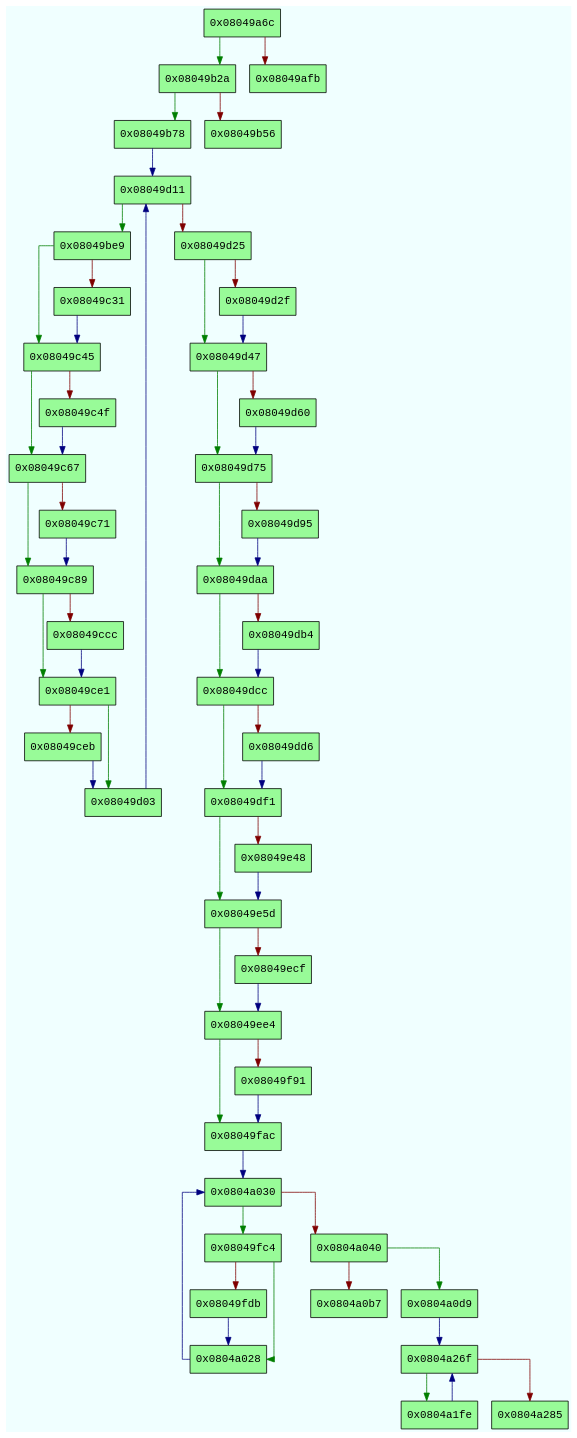
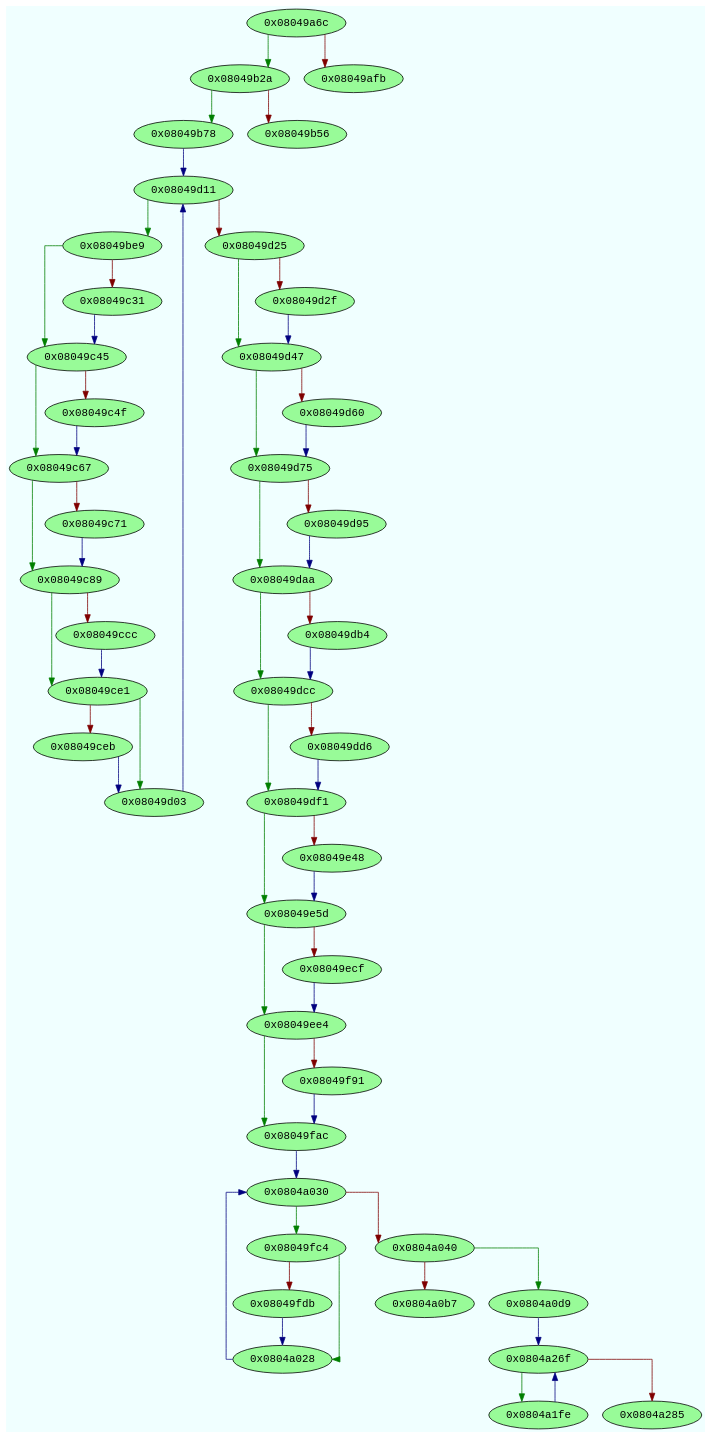
The diagram in res/main_compressed.dot (AndrewFasano/VisualizingFuzzerCoverage), drawn with Graphviz before and after one commit. The commit also changed 6 other files, not shown here.

Commit message:
updated graph layout; added graph interaction; added graph styling

```diff
--- a/res/main_compressed.dot
+++ b/res/main_compressed.dot
@@ -1,109 +1,109 @@
 digraph code {
 	graph [bgcolor=azure fontsize=8 fontname="Courier" splines="ortho"];
-	node [fillcolor=gray style=filled shape=box];
+	node [fillcolor=gray style=filled];
 	edge [arrowhead="normal"];
 	"0x08049a6c" -> "0x08049b2a" [color="#007f00"];
 	"0x08049a6c" -> "0x08049afb" [color="#7f0000"];
 	"0x08049a6c" [URL="sym.main/0x08049a6c", fillcolor="palegreen",color="black", fontname="Courier",label="0x08049a6c"]
 	"0x08049afb" [URL="sym.main/0x08049afb", fillcolor="palegreen",color="black", fontname="Courier",label="0x08049afb"]
 	"0x08049b2a" -> "0x08049b78" [color="#007f00"];
 	"0x08049b2a" -> "0x08049b56" [color="#7f0000"];
 	"0x08049b2a" [URL="sym.main/0x08049b2a", fillcolor="palegreen",color="black", fontname="Courier",label="0x08049b2a"]
 	"0x08049b56" [URL="sym.main/0x08049b56", fillcolor="palegreen",color="black", fontname="Courier",label="0x08049b56"]
 	"0x08049b78" -> "0x08049d11" [color="#00007f"];
 	"0x08049b78" [URL="sym.main/0x08049b78", fillcolor="palegreen",color="black", fontname="Courier",label="0x08049b78"]
 	"0x08049be9" -> "0x08049c45" [color="#007f00"];
 	"0x08049be9" -> "0x08049c31" [color="#7f0000"];
 	"0x08049be9" [URL="sym.main/0x08049be9", fillcolor="palegreen",color="black", fontname="Courier",label="0x08049be9"]
 	"0x08049c31" -> "0x08049c45" [color="#00007f"];
 	"0x08049c31" [URL="sym.main/0x08049c31", fillcolor="palegreen",color="black", fontname="Courier",label="0x08049c31"]
 	"0x08049c45" -> "0x08049c67" [color="#007f00"];
 	"0x08049c45" -> "0x08049c4f" [color="#7f0000"];
 	"0x08049c45" [URL="sym.main/0x08049c45", fillcolor="palegreen",color="black", fontname="Courier",label="0x08049c45"]
 	"0x08049c4f" -> "0x08049c67" [color="#00007f"];
 	"0x08049c4f" [URL="sym.main/0x08049c4f", fillcolor="palegreen",color="black", fontname="Courier",label="0x08049c4f"]
 	"0x08049c67" -> "0x08049c89" [color="#007f00"];
 	"0x08049c67" -> "0x08049c71" [color="#7f0000"];
 	"0x08049c67" [URL="sym.main/0x08049c67", fillcolor="palegreen",color="black", fontname="Courier",label="0x08049c67"]
 	"0x08049c71" -> "0x08049c89" [color="#00007f"];
 	"0x08049c71" [URL="sym.main/0x08049c71", fillcolor="palegreen",color="black", fontname="Courier",label="0x08049c71"]
 	"0x08049c89" -> "0x08049ce1" [color="#007f00"];
 	"0x08049c89" -> "0x08049ccc" [color="#7f0000"];
 	"0x08049c89" [URL="sym.main/0x08049c89", fillcolor="palegreen",color="black", fontname="Courier",label="0x08049c89"]
 	"0x08049ccc" -> "0x08049ce1" [color="#00007f"];
 	"0x08049ccc" [URL="sym.main/0x08049ccc", fillcolor="palegreen",color="black", fontname="Courier",label="0x08049ccc"]
 	"0x08049ce1" -> "0x08049d03" [color="#007f00"];
 	"0x08049ce1" -> "0x08049ceb" [color="#7f0000"];
 	"0x08049ce1" [URL="sym.main/0x08049ce1", fillcolor="palegreen",color="black", fontname="Courier",label="0x08049ce1"]
 	"0x08049ceb" -> "0x08049d03" [color="#00007f"];
 	"0x08049ceb" [URL="sym.main/0x08049ceb", fillcolor="palegreen",color="black", fontname="Courier",label="0x08049ceb"]
 	"0x08049d03" -> "0x08049d11" [color="#00007f"];
 	"0x08049d03" [URL="sym.main/0x08049d03", fillcolor="palegreen",color="black", fontname="Courier",label="0x08049d03"]
 	"0x08049d11" -> "0x08049be9" [color="#007f00"];
 	"0x08049d11" -> "0x08049d25" [color="#7f0000"];
 	"0x08049d11" [URL="sym.main/0x08049d11", fillcolor="palegreen",color="black", fontname="Courier",label="0x08049d11"]
 	"0x08049d25" -> "0x08049d47" [color="#007f00"];
 	"0x08049d25" -> "0x08049d2f" [color="#7f0000"];
 	"0x08049d25" [URL="sym.main/0x08049d25", fillcolor="palegreen",color="black", fontname="Courier",label="0x08049d25"]
 	"0x08049d2f" -> "0x08049d47" [color="#00007f"];
 	"0x08049d2f" [URL="sym.main/0x08049d2f", fillcolor="palegreen",color="black", fontname="Courier",label="0x08049d2f"]
 	"0x08049d47" -> "0x08049d75" [color="#007f00"];
 	"0x08049d47" -> "0x08049d60" [color="#7f0000"];
 	"0x08049d47" [URL="sym.main/0x08049d47", fillcolor="palegreen",color="black", fontname="Courier",label="0x08049d47"]
 	"0x08049d60" -> "0x08049d75" [color="#00007f"];
 	"0x08049d60" [URL="sym.main/0x08049d60", fillcolor="palegreen",color="black", fontname="Courier",label="0x08049d60"]
 	"0x08049d75" -> "0x08049daa" [color="#007f00"];
 	"0x08049d75" -> "0x08049d95" [color="#7f0000"];
 	"0x08049d75" [URL="sym.main/0x08049d75", fillcolor="palegreen",color="black", fontname="Courier",label="0x08049d75"]
 	"0x08049d95" -> "0x08049daa" [color="#00007f"];
 	"0x08049d95" [URL="sym.main/0x08049d95", fillcolor="palegreen",color="black", fontname="Courier",label="0x08049d95"]
 	"0x08049daa" -> "0x08049dcc" [color="#007f00"];
 	"0x08049daa" -> "0x08049db4" [color="#7f0000"];
 	"0x08049daa" [URL="sym.main/0x08049daa", fillcolor="palegreen",color="black", fontname="Courier",label="0x08049daa"]
 	"0x08049db4" -> "0x08049dcc" [color="#00007f"];
 	"0x08049db4" [URL="sym.main/0x08049db4", fillcolor="palegreen",color="black", fontname="Courier",label="0x08049db4"]
 	"0x08049dcc" -> "0x08049df1" [color="#007f00"];
 	"0x08049dcc" -> "0x08049dd6" [color="#7f0000"];
 	"0x08049dcc" [URL="sym.main/0x08049dcc", fillcolor="palegreen",color="black", fontname="Courier",label="0x08049dcc"]
 	"0x08049dd6" -> "0x08049df1" [color="#00007f"];
 	"0x08049dd6" [URL="sym.main/0x08049dd6", fillcolor="palegreen",color="black", fontname="Courier",label="0x08049dd6"]
 	"0x08049df1" -> "0x08049e5d" [color="#007f00"];
 	"0x08049df1" -> "0x08049e48" [color="#7f0000"];
 	"0x08049df1" [URL="sym.main/0x08049df1", fillcolor="palegreen",color="black", fontname="Courier",label="0x08049df1"]
 	"0x08049e48" -> "0x08049e5d" [color="#00007f"];
 	"0x08049e48" [URL="sym.main/0x08049e48", fillcolor="palegreen",color="black", fontname="Courier",label="0x08049e48"]
 	"0x08049e5d" -> "0x08049ee4" [color="#007f00"];
 	"0x08049e5d" -> "0x08049ecf" [color="#7f0000"];
 	"0x08049e5d" [URL="sym.main/0x08049e5d", fillcolor="palegreen",color="black", fontname="Courier",label="0x08049e5d"]
 	"0x08049ecf" -> "0x08049ee4" [color="#00007f"];
 	"0x08049ecf" [URL="sym.main/0x08049ecf", fillcolor="palegreen",color="black", fontname="Courier",label="0x08049ecf"]
 	"0x08049ee4" -> "0x08049fac" [color="#007f00"];
 	"0x08049ee4" -> "0x08049f91" [color="#7f0000"];
 	"0x08049ee4" [URL="sym.main/0x08049ee4", fillcolor="palegreen",color="black", fontname="Courier",label="0x08049ee4"]
 	"0x08049f91" -> "0x08049fac" [color="#00007f"];
 	"0x08049f91" [URL="sym.main/0x08049f91", fillcolor="palegreen",color="black", fontname="Courier",label="0x08049f91"]
 	"0x08049fac" -> "0x0804a030" [color="#00007f"];
 	"0x08049fac" [URL="sym.main/0x08049fac", fillcolor="palegreen",color="black", fontname="Courier",label="0x08049fac"]
 	"0x08049fc4" -> "0x0804a028" [color="#007f00"];
 	"0x08049fc4" -> "0x08049fdb" [color="#7f0000"];
 	"0x08049fc4" [URL="sym.main/0x08049fc4", fillcolor="palegreen",color="black", fontname="Courier",label="0x08049fc4"]
 	"0x08049fdb" -> "0x0804a028" [color="#00007f"];
 	"0x08049fdb" [URL="sym.main/0x08049fdb", fillcolor="palegreen",color="black", fontname="Courier",label="0x08049fdb"]
 	"0x0804a028" -> "0x0804a030" [color="#00007f"];
 	"0x0804a028" [URL="sym.main/0x0804a028", fillcolor="palegreen",color="black", fontname="Courier",label="0x0804a028"]
 	"0x0804a030" -> "0x08049fc4" [color="#007f00"];
 	"0x0804a030" -> "0x0804a040" [color="#7f0000"];
 	"0x0804a030" [URL="sym.main/0x0804a030", fillcolor="palegreen",color="black", fontname="Courier",label="0x0804a030"]
 	"0x0804a040" -> "0x0804a0d9" [color="#007f00"];
 	"0x0804a040" -> "0x0804a0b7" [color="#7f0000"];
 	"0x0804a040" [URL="sym.main/0x0804a040", fillcolor="palegreen",color="black", fontname="Courier",label="0x0804a040"]
 	"0x0804a0b7" [URL="sym.main/0x0804a0b7", fillcolor="palegreen",color="black", fontname="Courier",label="0x0804a0b7"]
 	"0x0804a0d9" -> "0x0804a26f" [color="#00007f"];
 	"0x0804a0d9" [URL="sym.main/0x0804a0d9", fillcolor="palegreen",color="black", fontname="Courier",label="0x0804a0d9"]
 	"0x0804a1fe" -> "0x0804a26f" [color="#00007f"];
 	"0x0804a1fe" [URL="sym.main/0x0804a1fe", fillcolor="palegreen",color="black", fontname="Courier",label="0x0804a1fe"]
 	"0x0804a26f" -> "0x0804a1fe" [color="#007f00"];
 	"0x0804a26f" -> "0x0804a285" [color="#7f0000"];
 	"0x0804a26f" [URL="sym.main/0x0804a26f", fillcolor="palegreen",color="black", fontname="Courier",label="0x0804a26f"]
 	"0x0804a285" [URL="sym.main/0x0804a285", fillcolor="palegreen",color="black", fontname="Courier",label="0x0804a285"]
 }
```
